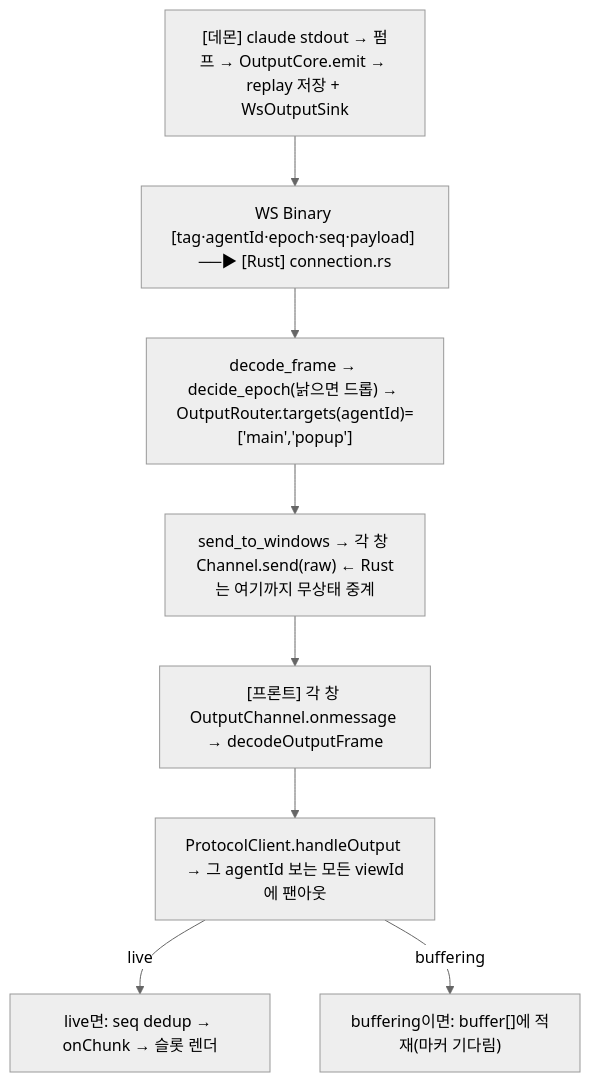
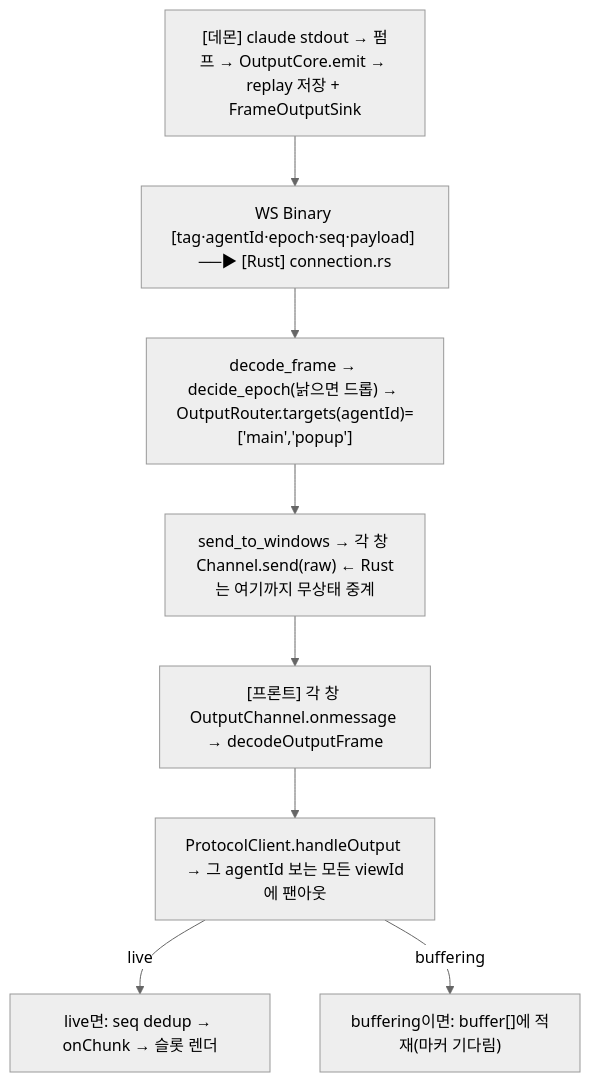
Diagram 18 of 20 in docs/reference/architecture-overview.md (kimsunzun/engram-dashboard), drawn with Mermaid (neutral theme) before and after one commit. The commit also changed other lines of this file and 9 other files, not shown here.

First line of the commit message:
feat(daemon): 슬라이스 0-1 — 네트워크 소유 포트 계약(FrameSink/ConnectionHandler) 도입

````diff
--- a/docs/reference/architecture-overview.md
+++ b/docs/reference/architecture-overview.md
@@ -573,15 +573,15 @@
 ```mermaid
 flowchart TD
-  O1["[데몬] claude stdout → 펌프 → OutputCore.emit → replay 저장 + WsOutputSink"]
+  O1["[데몬] claude stdout → 펌프 → OutputCore.emit → replay 저장 + FrameOutputSink"]
   O2["WS Binary [tag·agentId·epoch·seq·payload] ──▶ [Rust] connection.rs"]
   O3["decode_frame → decide_epoch(낡으면 드롭) → OutputRouter.targets(agentId)=['main','popup']"]
   O4["send_to_windows → 각 창 Channel.send(raw) ← Rust는 여기까지 무상태 중계"]
   O5["[프론트] 각 창 OutputChannel.onmessage → decodeOutputFrame"]
   O6["ProtocolClient.handleOutput → 그 agentId 보는 모든 viewId에 팬아웃"]
   OL["live면: seq dedup → onChunk → 슬롯 렌더"]
   OB["buffering이면: buffer[]에 적재(마커 기다림)"]
 
   O1 --> O2 --> O3 --> O4 --> O5 --> O6
   O6 -->|"live"| OL
   O6 -->|"buffering"| OB
 ```
````
